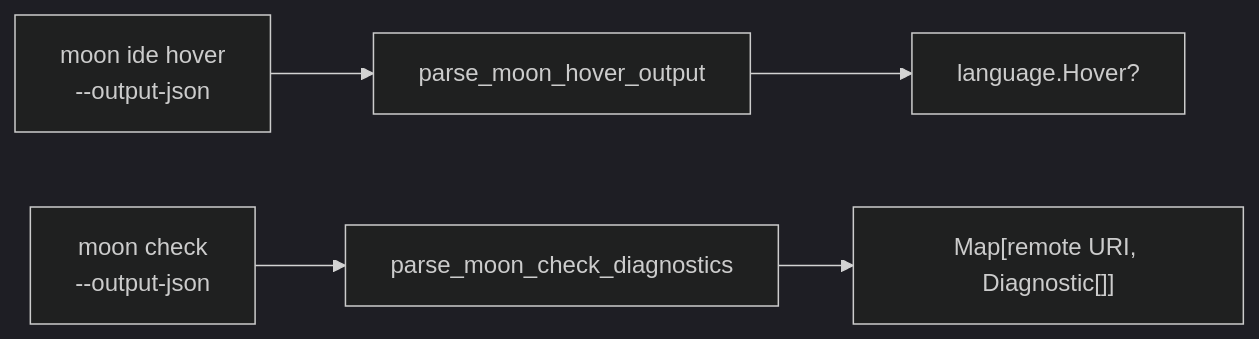
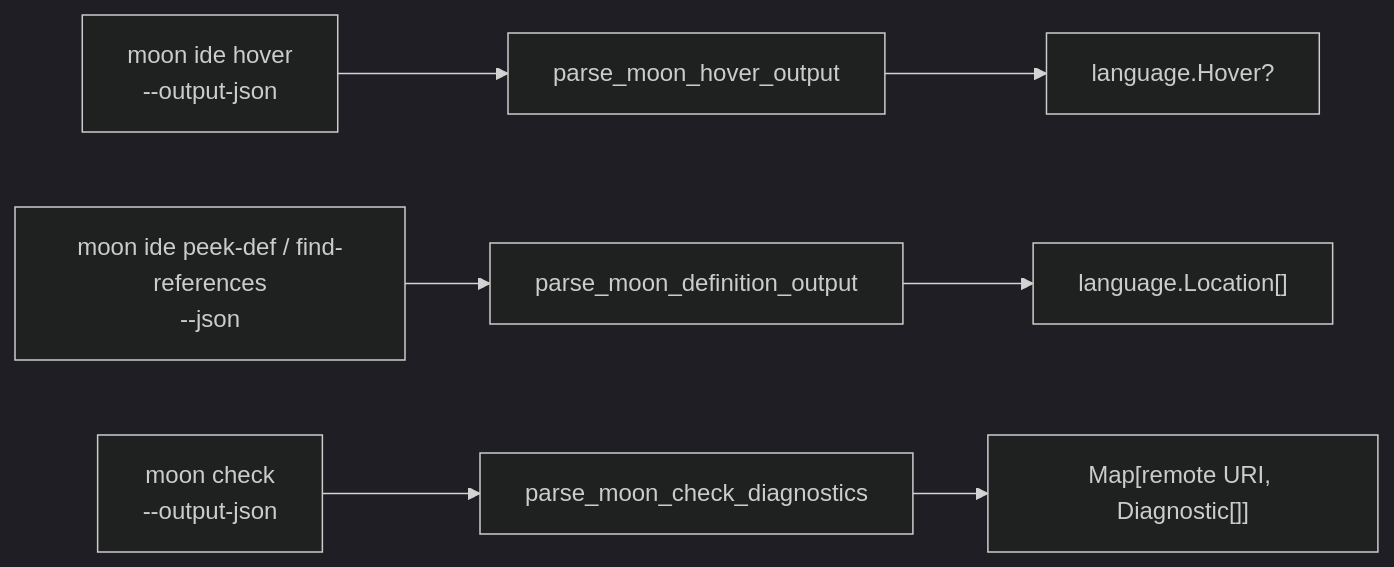
Before and after one commit to moonbitlang/editor: the diagram in server/host/README.mbt.md, drawn with Mermaid (dark theme). The commit also changed other lines of this file and 9 other files, not shown here.

Commit message:
feat(workbench): query Moon IDE references

````diff
--- a/server/host/README.mbt.md
+++ b/server/host/README.mbt.md
@@ -12,7 +12,9 @@
 ```mermaid
 flowchart LR
   MI["moon ide hover<br>--output-json"] --> PH["parse_moon_hover_output"]
   PH --> HV["language.Hover?"]
+  ML["moon ide peek-def / find-references<br>--json"] --> PL["parse_moon_definition_output"]
+  PL --> LC["language.Location[]"]
   MC["moon check<br>--output-json"] --> PC["parse_moon_check_diagnostics"]
   PC --> DG["Map[remote URI, Diagnostic[]]"]
 ```
````
